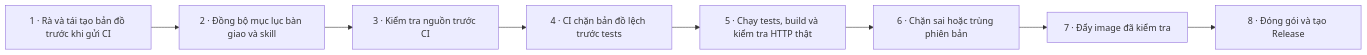
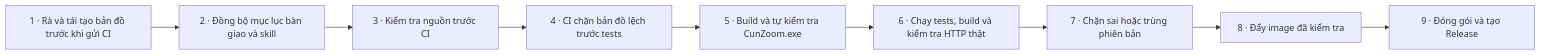
One commit to Thequancute215-sys/cun-zoom changed the third of 12 diagrams in docs/WORKFLOW.md. Above: the diagram before and after it, drawn with Mermaid. The commit also changed other lines of this file and 21 other files, not shown here.

First line of the commit message:
Merge the Windows desktop app into this repository and build CunZoom.exe in CI

````diff
--- a/docs/WORKFLOW.md
+++ b/docs/WORKFLOW.md
@@ -68,18 +68,20 @@
 ```mermaid
 flowchart LR
   s1["1 · Rà và tái tạo bản đồ trước khi gửi CI"]
   s2["2 · Đồng bộ mục lục bàn giao và skill"]
   s1 --> s2
   s3["3 · Kiểm tra nguồn trước CI"]
   s2 --> s3
   s4["4 · CI chặn bản đồ lệch trước tests"]
   s3 --> s4
-  s5["5 · Chạy tests, build và kiểm tra HTTP thật"]
+  s5["5 · Build và tự kiểm tra CunZoom.exe"]
   s4 --> s5
-  s6["6 · Chặn sai hoặc trùng phiên bản"]
+  s6["6 · Chạy tests, build và kiểm tra HTTP thật"]
   s5 --> s6
-  s7["7 · Đẩy image đã kiểm tra"]
+  s7["7 · Chặn sai hoặc trùng phiên bản"]
   s6 --> s7
-  s8["8 · Đóng gói và tạo Release"]
+  s8["8 · Đẩy image đã kiểm tra"]
   s7 --> s8
+  s9["9 · Đóng gói và tạo Release"]
+  s8 --> s9
 ```
````
